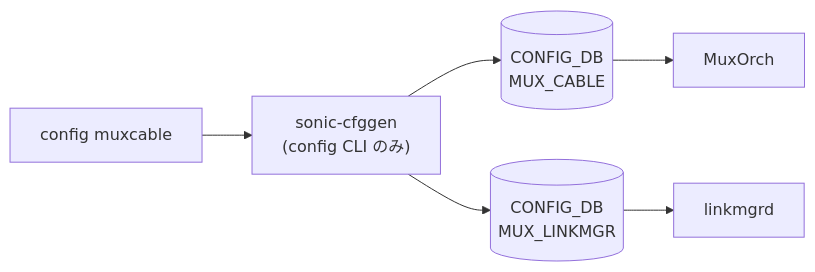
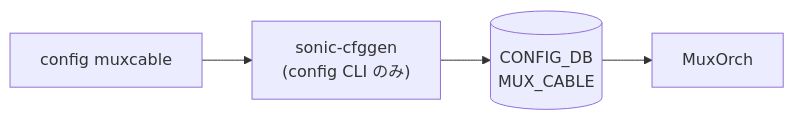
Before and after one commit to aoki-taquan/sonic-unofficial-docs: the diagram in docs/reference/cli/config-muxcable.md, drawn with Mermaid. The commit also changed 26 other files, not shown here.

First line of the commit message:
chore(cli): add cli-mermaid blocks to remaining 20 CLI reference pages

````diff
--- a/docs/reference/cli/config-muxcable.md
+++ b/docs/reference/cli/config-muxcable.md
@@ -148,14 +148,10 @@
 ```mermaid
 flowchart LR
   CLI["config muxcable"]
   SC["sonic-cfggen<br/>(config CLI のみ)"]
   CLI --> SC
   CDB0[("CONFIG_DB<br/>MUX_CABLE")]
   SC --> CDB0
   DM0["MuxOrch"]
   CDB0 --> DM0
-  CDB1[("CONFIG_DB<br/>MUX_LINKMGR")]
-  SC --> CDB1
-  DM1["linkmgrd"]
-  CDB1 --> DM1
 ```
````
